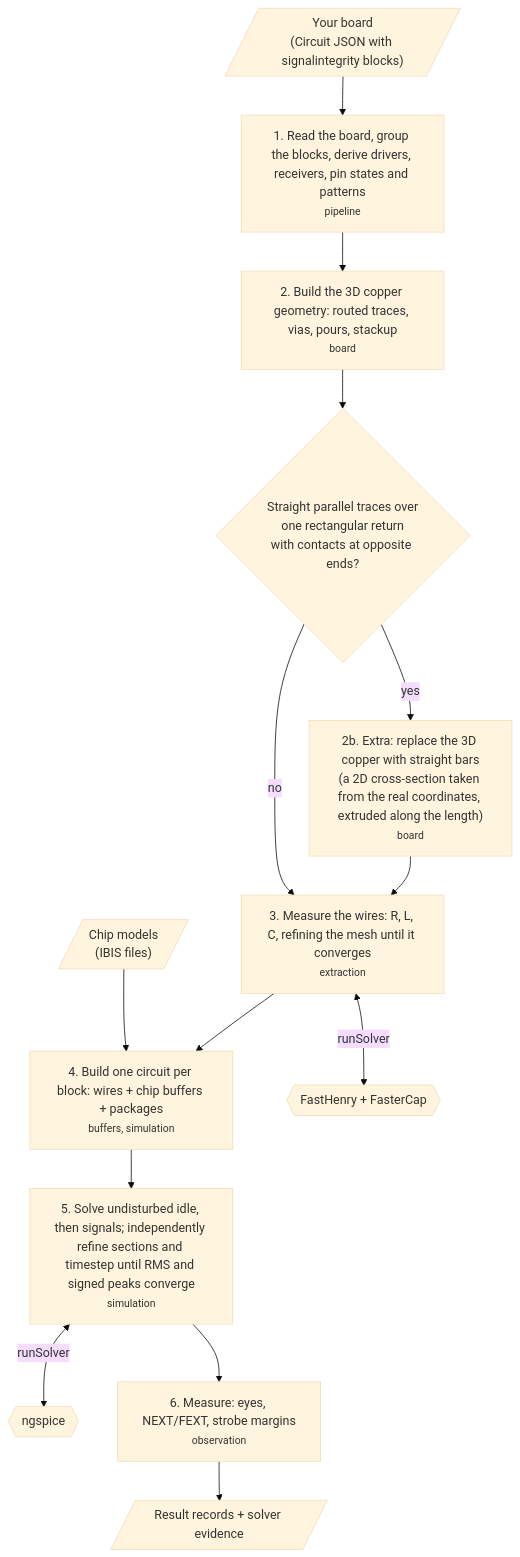
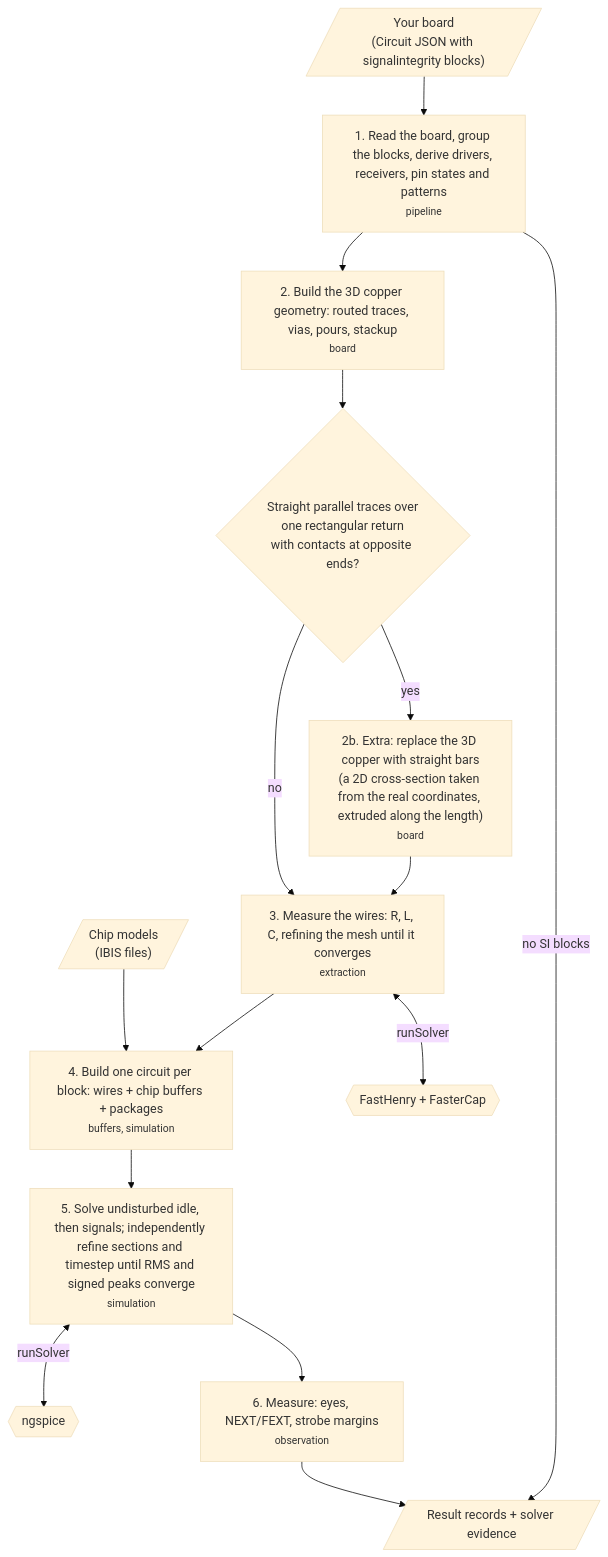
The first of 2 diagrams in README.md (tscircuit/pcb-spice-pipeline), drawn with Mermaid (base theme) before and after one commit. The commit also changed other lines of this file and 14 other files, not shown here.

````diff
--- a/README.md
+++ b/README.md
@@ -53,16 +53,17 @@
 ```mermaid
 flowchart TD
   board[/"Your board<br/>(Circuit JSON with signalintegrity blocks)"/] --> s1["1. Read the board, group the blocks, derive drivers, receivers, pin states and patterns<br/><small>pipeline</small>"]
   chips[/"Chip models<br/>(IBIS files)"/] --> s4
   s1 --> s2["2. Build the 3D copper geometry: routed traces, vias, pours, stackup<br/><small>board</small>"]
   s2 --> q{"Straight parallel traces over<br/>one rectangular return<br/>with contacts at opposite ends?"}
   q -->|"yes"| s2b["2b. Extra: replace the 3D copper with straight bars<br/>(a 2D cross-section taken from the real coordinates, extruded along the length)<br/><small>board</small>"]
   q -->|"no"| s3
   s2b --> s3["3. Measure the wires: R, L, C, refining the mesh until it converges<br/><small>extraction</small>"]
   s3 <-->|"runSolver"| fs{{"FastHenry + FasterCap"}}
   s3 --> s4["4. Build one circuit per block: wires + chip buffers + packages<br/><small>buffers, simulation</small>"]
   s4 --> s5["5. Solve undisturbed idle, then signals; independently refine sections and timestep until RMS and signed peaks converge<br/><small>simulation</small>"]
   s5 <-->|"runSolver"| ng{{"ngspice"}}
   s5 --> s6["6. Measure: eyes, NEXT/FEXT, strobe margins<br/><small>observation</small>"]
   s6 --> out[/"Result records + solver evidence"/]
+  s1 -->|"no SI blocks"| out
 ```
````
